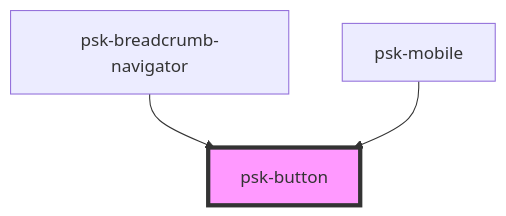
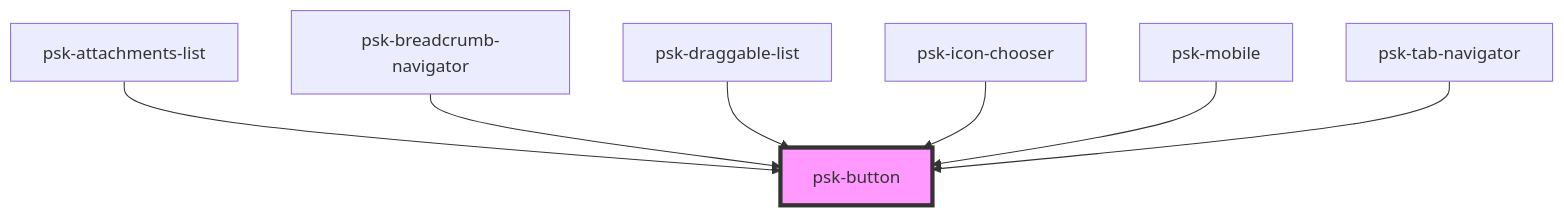
Before and after one commit to webcardinal/cardinal-core: the diagram in src/components/psk-button/readme.md, drawn with Mermaid. The commit also changed other lines of this file and 121 other files, not shown here.

````diff
--- a/src/components/psk-button/readme.md
+++ b/src/components/psk-button/readme.md
@@ -31,6 +35,10 @@
 ```mermaid
 graph TD;
+  psk-attachments-list --> psk-button
   psk-breadcrumb-navigator --> psk-button
+  psk-draggable-list --> psk-button
+  psk-icon-chooser --> psk-button
   psk-mobile --> psk-button
+  psk-tab-navigator --> psk-button
   style psk-button fill:#f9f,stroke:#333,stroke-width:4px
 ```
````
